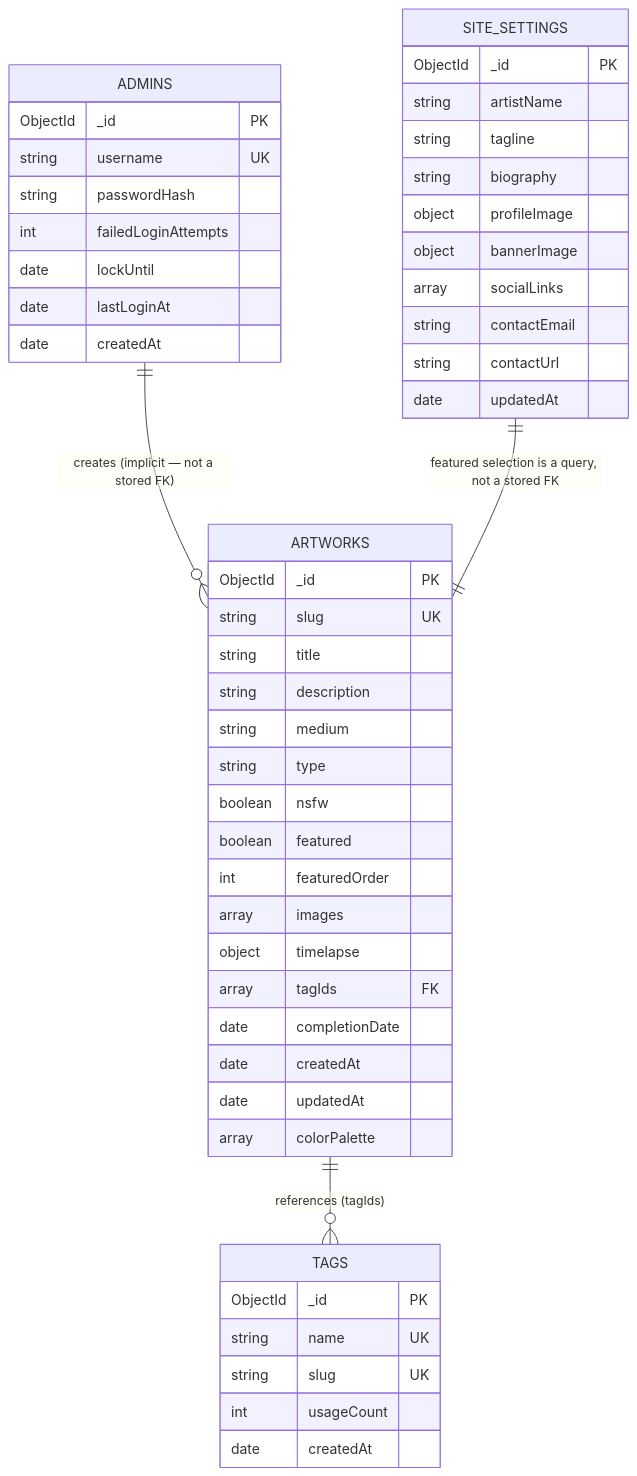
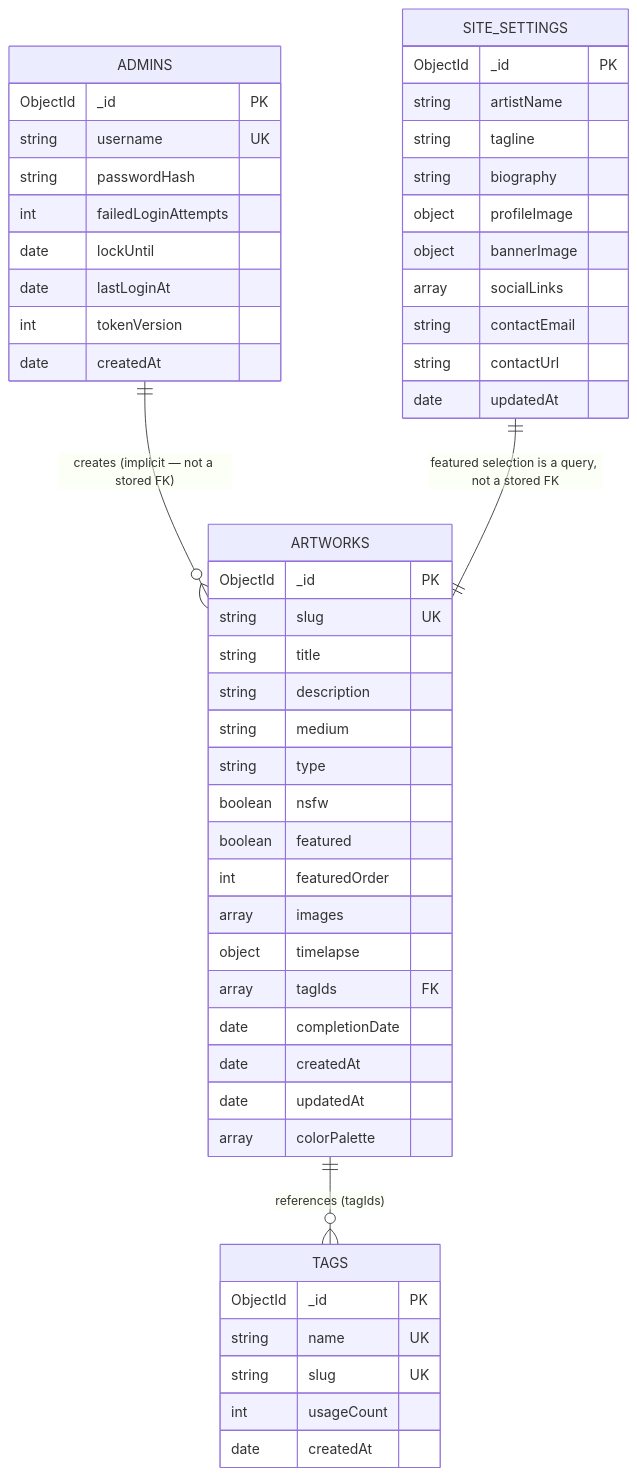
One commit to BushArt/BushArt-Gallery changed the diagram in project-docs/04-Database-Schema.md. Above: the diagram before and after it, drawn with Mermaid. The commit also changed other lines of this file and 1 other file, not shown here.

Commit message:
docs: document tokenVersion and the preview and cleanup endpoints
04-Database-Schema.md documented the admins collection without tokenVersion, even though the field has existed since the session-revocation work. The entry records the on-read normalisation to 0, since an admin document predating the field would otherwise produce a JWT whose claim JSON.stringify drops.

05-API-Specification.md documented neither GET /api/artworks/:slug/preview nor DELETE /api/upload/cleanup. Both are admin-gated or session-sensitive surfaces, and an API contract that omits them is a contract that invites re-deriving their auth and safety rules.

The preview entry states explicitly that a preview cannot substitute for the detail document. The cleanup entry records the 25-asset bound, the bushart/ namespace requirement, and idempotent retry semantics.

````diff
--- a/project-docs/04-Database-Schema.md
+++ b/project-docs/04-Database-Schema.md
@@ -11,56 +11,57 @@
 ```mermaid
 erDiagram
     ARTWORKS ||--o{ TAGS : "references (tagIds)"
     ADMINS ||--o{ ARTWORKS : "creates (implicit — not a stored FK)"
     SITE_SETTINGS ||--|| ARTWORKS : "featured selection is a query, not a stored FK"
 
     ARTWORKS {
         ObjectId _id PK
         string slug UK
         string title
         string description
         string medium
         string type
         boolean nsfw
         boolean featured
         int featuredOrder
         array images
         object timelapse
         array tagIds FK
         date completionDate
         date createdAt
         date updatedAt
         array colorPalette
     }
 
     TAGS {
         ObjectId _id PK
         string name UK
         string slug UK
         int usageCount
         date createdAt
     }
 
     ADMINS {
         ObjectId _id PK
         string username UK
         string passwordHash
         int failedLoginAttempts
         date lockUntil
         date lastLoginAt
+        int tokenVersion
         date createdAt
     }
 
     SITE_SETTINGS {
         ObjectId _id PK
         string artistName
         string tagline
         string biography
         object profileImage
         object bannerImage
         array socialLinks
         string contactEmail
         string contactUrl
         date updatedAt
     }
 ```
````
